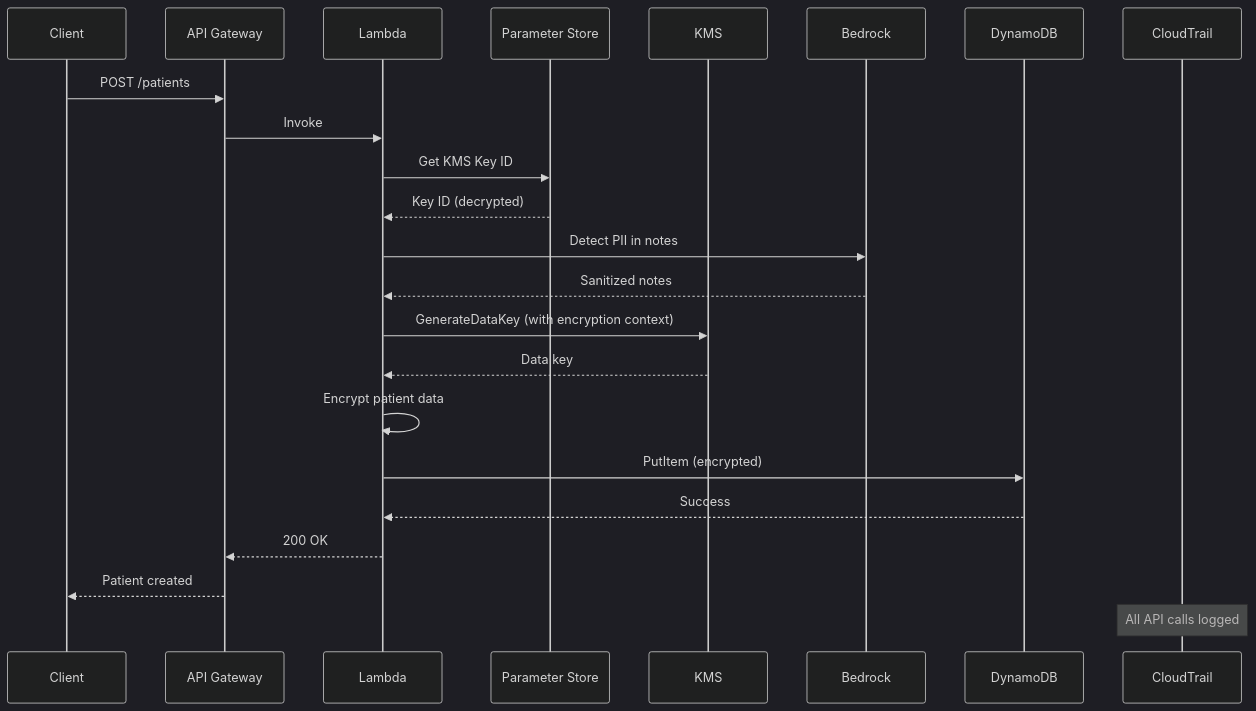
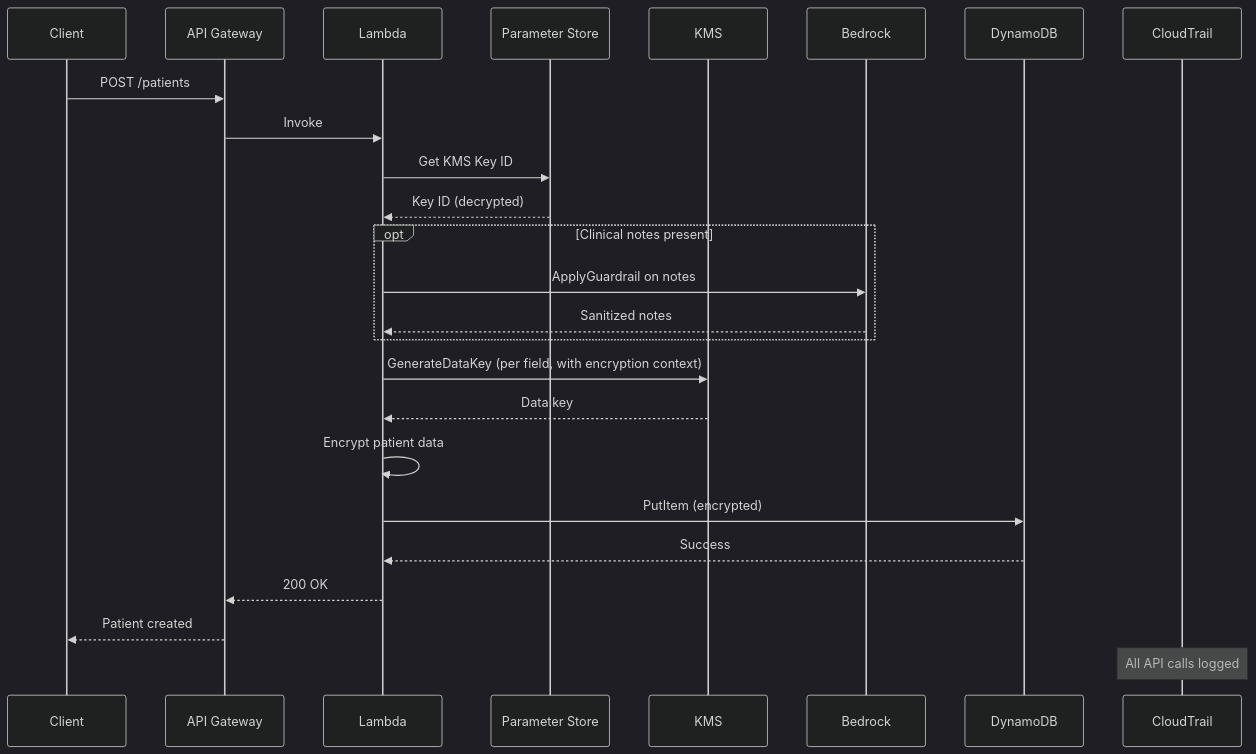
The diagram in README.md (jbray1992/healthcare-security-platform), drawn with Mermaid (dark theme) before and after one commit. The commit also changed other lines of this file and 1 other file, not shown here.

Commit message:
Align README with implementation: HIPAA framing, capture/notification scope, deploy flow, limitations

````diff
--- a/README.md
+++ b/README.md
@@ -64,26 +64,28 @@
 ```mermaid
 sequenceDiagram
     participant Client
     participant API Gateway
     participant Lambda
     participant Parameter Store
     participant KMS
     participant Bedrock
     participant DynamoDB
     participant CloudTrail
 
     Client->>API Gateway: POST /patients
     API Gateway->>Lambda: Invoke
     Lambda->>Parameter Store: Get KMS Key ID
     Parameter Store-->>Lambda: Key ID (decrypted)
-    Lambda->>Bedrock: Detect PII in notes
-    Bedrock-->>Lambda: Sanitized notes
-    Lambda->>KMS: GenerateDataKey (with encryption context)
+    opt Clinical notes present
+        Lambda->>Bedrock: ApplyGuardrail on notes
+        Bedrock-->>Lambda: Sanitized notes
+    end
+    Lambda->>KMS: GenerateDataKey (per field, with encryption context)
     KMS-->>Lambda: Data key
     Lambda->>Lambda: Encrypt patient data
     Lambda->>DynamoDB: PutItem (encrypted)
     DynamoDB-->>Lambda: Success
     Lambda-->>API Gateway: 200 OK
     API Gateway-->>Client: Patient created
     Note over CloudTrail: All API calls logged
 ```
````
